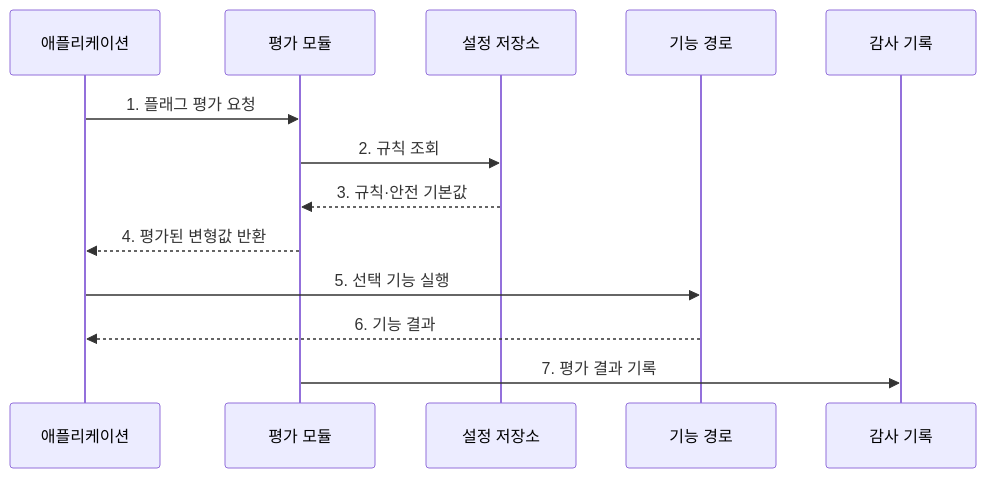
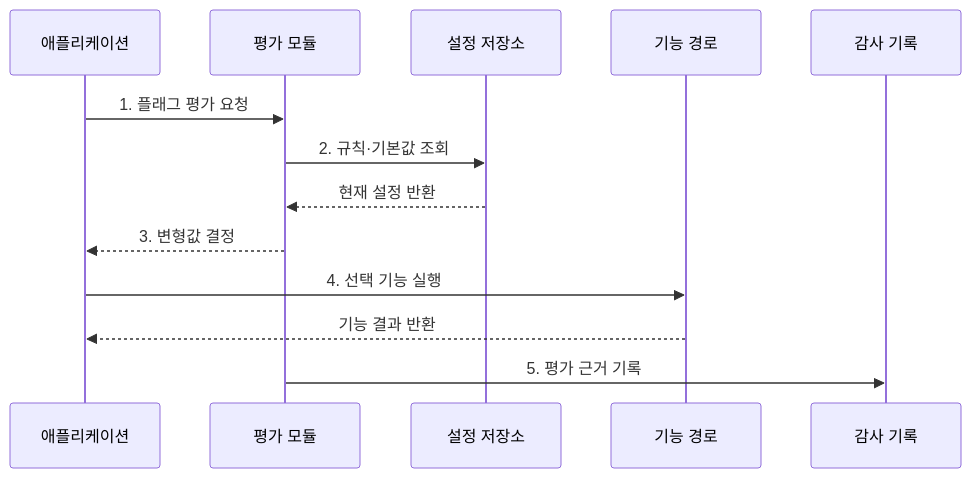
Before and after one commit to agnusdei1207/knowledge-base: the second of 2 diagrams in src/content/docs/notes/03-software/064_feature_flag.md, drawn with Mermaid. The commit also changed other lines of this file and 238 other files, not shown here.

````diff
--- a/src/content/docs/notes/03-software/064_feature_flag.md
+++ b/src/content/docs/notes/03-software/064_feature_flag.md
@@ -76,15 +76,15 @@
 ```mermaid
 sequenceDiagram
     participant A as 애플리케이션
     participant E as 평가 모듈
     participant S as 설정 저장소
     participant F as 기능 경로
     participant L as 감사 기록
     A->>E: 1. 플래그 평가 요청
-    E->>S: 2. 규칙 조회
-    S-->>E: 3. 규칙·안전 기본값
-    E-->>A: 4. 평가된 변형값 반환
-    A->>F: 5. 선택 기능 실행
-    F-->>A: 6. 기능 결과
-    E->>L: 7. 평가 결과 기록
+    E->>S: 2. 규칙·기본값 조회
+    S-->>E: 현재 설정 반환
+    E-->>A: 3. 변형값 결정
+    A->>F: 4. 선택 기능 실행
+    F-->>A: 기능 결과 반환
+    E->>L: 5. 평가 근거 기록
 ```
````
